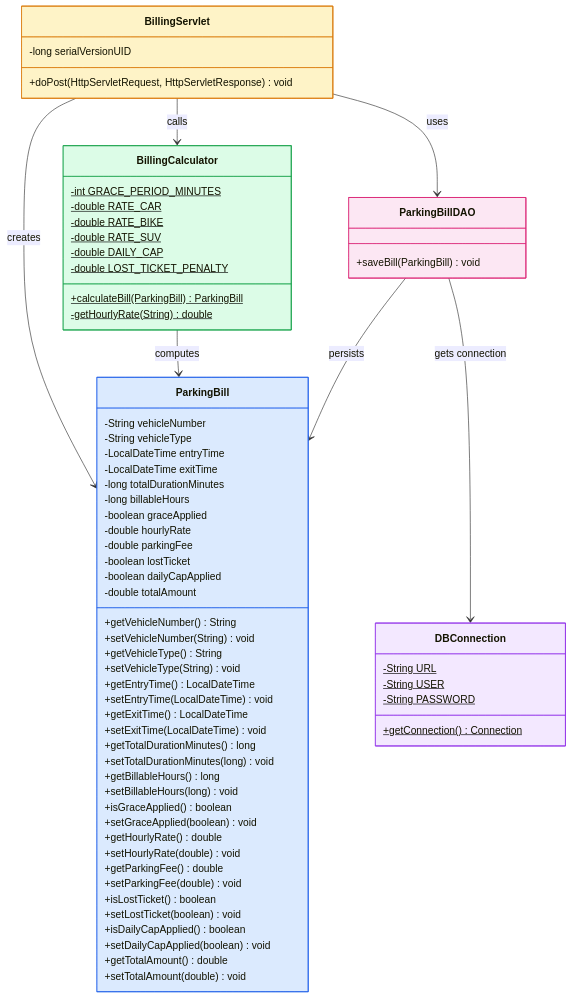
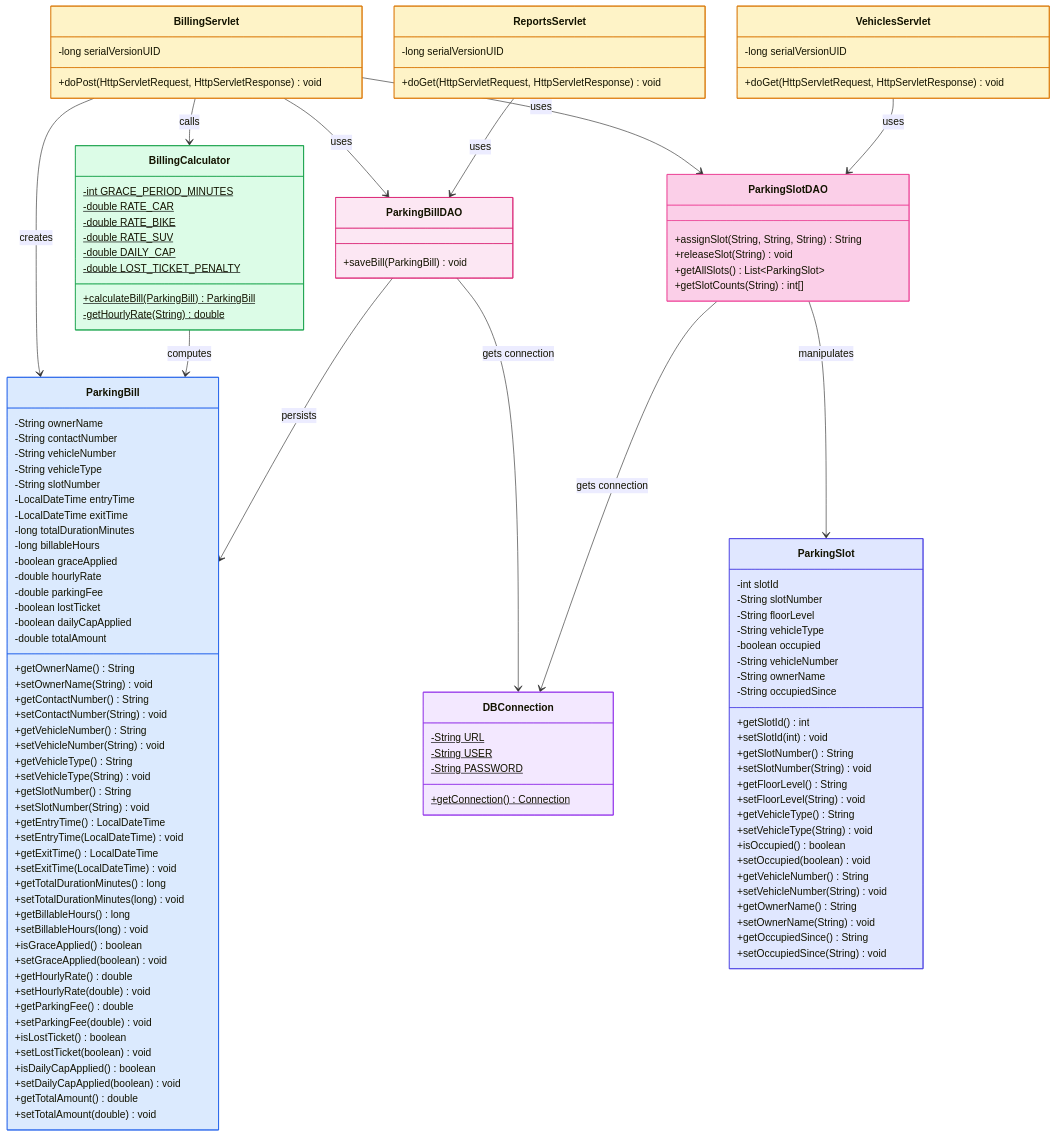
One commit to KL2300030695/SmartParking changed the second of 4 diagrams in README.md. Above: the diagram before and after it, drawn with Mermaid. The commit also changed other lines of this file, not shown here.

Commit message:
docs: update README diagrams to include Owner, Contact, Slot, and new Servlets/DAOs

````diff
--- a/README.md
+++ b/README.md
@@ -76,8 +76,11 @@
 ```mermaid
 classDiagram
     class ParkingBill {
+        -String ownerName
+        -String contactNumber
         -String vehicleNumber
         -String vehicleType
+        -String slotNumber
         -LocalDateTime entryTime
         -LocalDateTime exitTime
         -long totalDurationMinutes
@@ -88,10 +91,16 @@
         -boolean lostTicket
         -boolean dailyCapApplied
         -double totalAmount
+        +getOwnerName() String
+        +setOwnerName(String) void
+        +getContactNumber() String
+        +setContactNumber(String) void
         +getVehicleNumber() String
         +setVehicleNumber(String) void
         +getVehicleType() String
         +setVehicleType(String) void
+        +getSlotNumber() String
+        +setSlotNumber(String) void
         +getEntryTime() LocalDateTime
         +setEntryTime(LocalDateTime) void
         +getExitTime() LocalDateTime
@@ -141,16 +150,69 @@
         +getConnection() Connection$
     }
 
+    class ParkingSlot {
+        -int slotId
+        -String slotNumber
+        -String floorLevel
+        -String vehicleType
+        -boolean occupied
+        -String vehicleNumber
+        -String ownerName
+        -String occupiedSince
+        +getSlotId() int
+        +setSlotId(int) void
+        +getSlotNumber() String
+        +setSlotNumber(String) void
+        +getFloorLevel() String
+        +setFloorLevel(String) void
+        +getVehicleType() String
+        +setVehicleType(String) void
+        +isOccupied() boolean
+        +setOccupied(boolean) void
+        +getVehicleNumber() String
+        +setVehicleNumber(String) void
+        +getOwnerName() String
+        +setOwnerName(String) void
+        +getOccupiedSince() String
+        +setOccupiedSince(String) void
+    }
+
+    class ParkingSlotDAO {
+        +assignSlot(String, String, String) String
+        +releaseSlot(String) void
+        +getAllSlots() List~ParkingSlot~
+        +getSlotCounts(String) int[]
+    }
+
+    class VehiclesServlet {
+        -long serialVersionUID
+        +doGet(HttpServletRequest, HttpServletResponse) void
+    }
+
+    class ReportsServlet {
+        -long serialVersionUID
+        +doGet(HttpServletRequest, HttpServletResponse) void
+    }
+
     BillingServlet --> BillingCalculator : calls
     BillingServlet --> ParkingBill : creates
     BillingServlet --> ParkingBillDAO : uses
+    BillingServlet --> ParkingSlotDAO : uses
     BillingCalculator --> ParkingBill : computes
     ParkingBillDAO --> DBConnection : gets connection
     ParkingBillDAO --> ParkingBill : persists
+    ParkingSlotDAO --> DBConnection : gets connection
+    ParkingSlotDAO --> ParkingSlot : manipulates
+    VehiclesServlet --> ParkingSlotDAO : uses
+    ReportsServlet --> ParkingBillDAO : uses
 
     style ParkingBill fill:#dbeafe,stroke:#2563eb
     style BillingCalculator fill:#dcfce7,stroke:#16a34a
     style BillingServlet fill:#fef3c7,stroke:#d97706
+    style VehiclesServlet fill:#fef3c7,stroke:#d97706
+    style ReportsServlet fill:#fef3c7,stroke:#d97706
     style ParkingBillDAO fill:#fce7f3,stroke:#db2777
+    style ParkingSlotDAO fill:#fbcfe8,stroke:#ec4899
     style DBConnection fill:#f3e8ff,stroke:#9333ea
+    style ParkingSlot fill:#e0e7ff,stroke:#4f46e5
 ```
````
